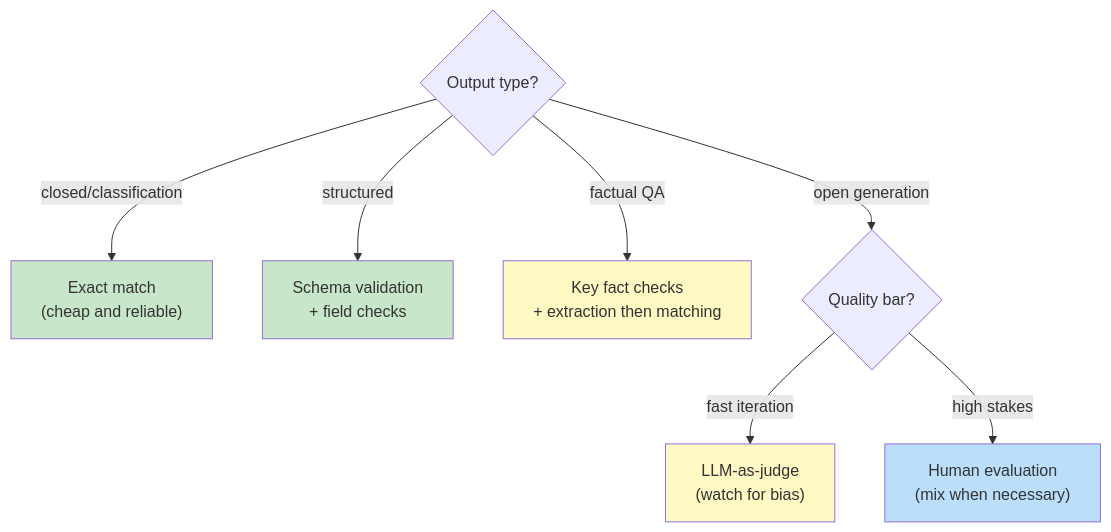
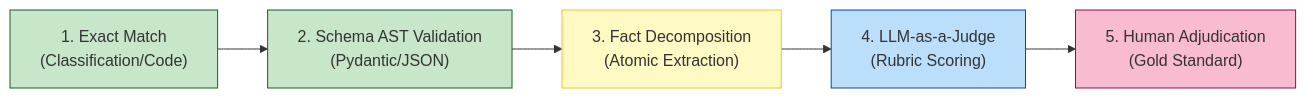
The fifth of 9 diagrams in en/chapters/12-evaluation.md (yingwang/thinking-in-llm), drawn with Mermaid before and after one commit. The commit also changed other lines of this file and 31 other files, not shown here.

````diff
--- a/en/chapters/12-evaluation.md
+++ b/en/chapters/12-evaluation.md
@@ -344,17 +144,13 @@
 ```mermaid
-flowchart TD
-    Out{"Output type?"}
-    Out -->|"closed/classification"| EM["Exact match<br>(cheap and reliable)"]
-    Out -->|"structured"| SC["Schema validation<br>+ field checks"]
-    Out -->|"factual QA"| Fact["Key fact checks<br>+ extraction then matching"]
-    Out -->|"open generation"| Q2{"Quality bar?"}
+flowchart LR
+    Exact["1. Exact Match<br/>(Classification/Code)"] --> Schema["2. Schema AST Validation<br/>(Pydantic/JSON)"]
+    Schema --> Decomp["3. Fact Decomposition<br/>(Atomic Extraction)"]
+    Decomp --> LLMJudge["4. LLM-as-a-Judge<br/>(Rubric Scoring)"]
+    LLMJudge --> Human["5. Human Adjudication<br/>(Gold Standard)"]
 
-    Q2 -->|"fast iteration"| LJ["LLM-as-judge<br>(watch for bias)"]
-    Q2 -->|"high stakes"| HJ["Human evaluation<br>(mix when necessary)"]
-
-    style EM fill:#c8e6c9
-    style SC fill:#c8e6c9
-    style Fact fill:#fff9c4
-    style LJ fill:#fff9c4
-    style HJ fill:#bbdefb
+    style Exact fill:#c8e6c9,stroke:#1b5e20
+    style Schema fill:#c8e6c9,stroke:#1b5e20
+    style Decomp fill:#fff9c4,stroke:#fbc02d
+    style LLMJudge fill:#bbdefb,stroke:#0d47a1
+    style Human fill:#f8bbd0,stroke:#880e4f
 ```
````
